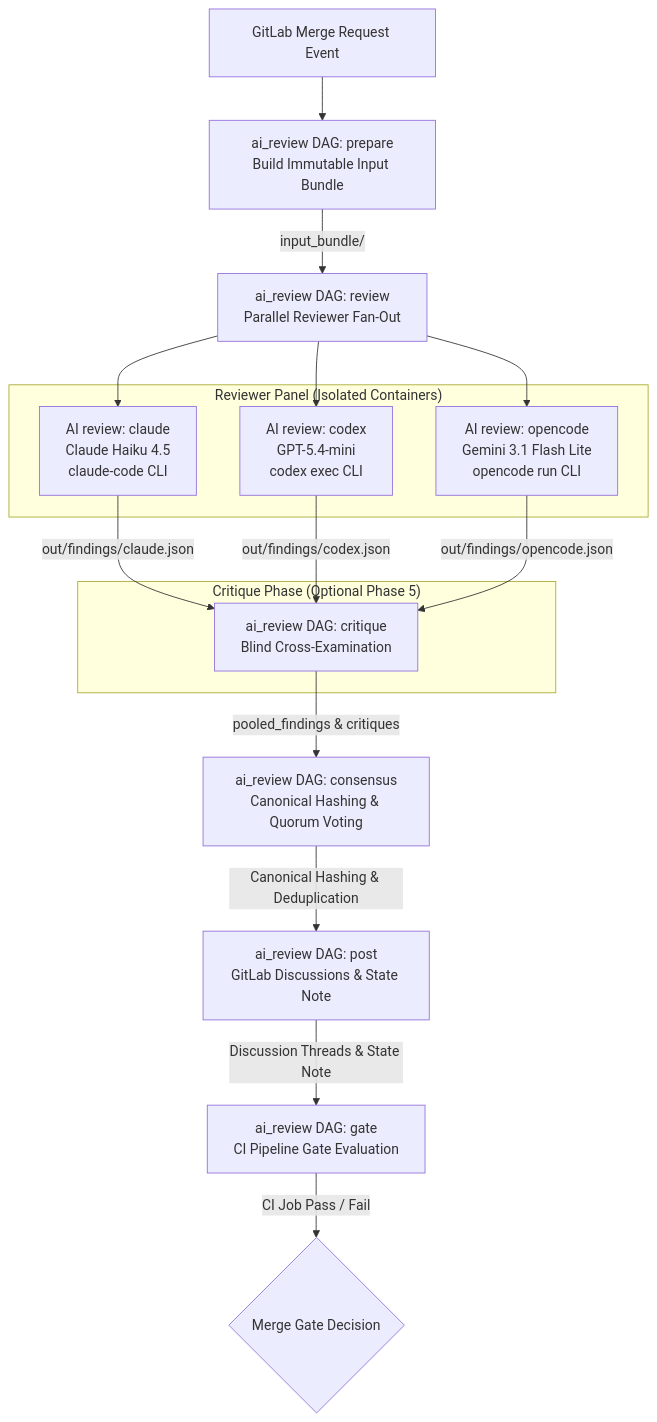
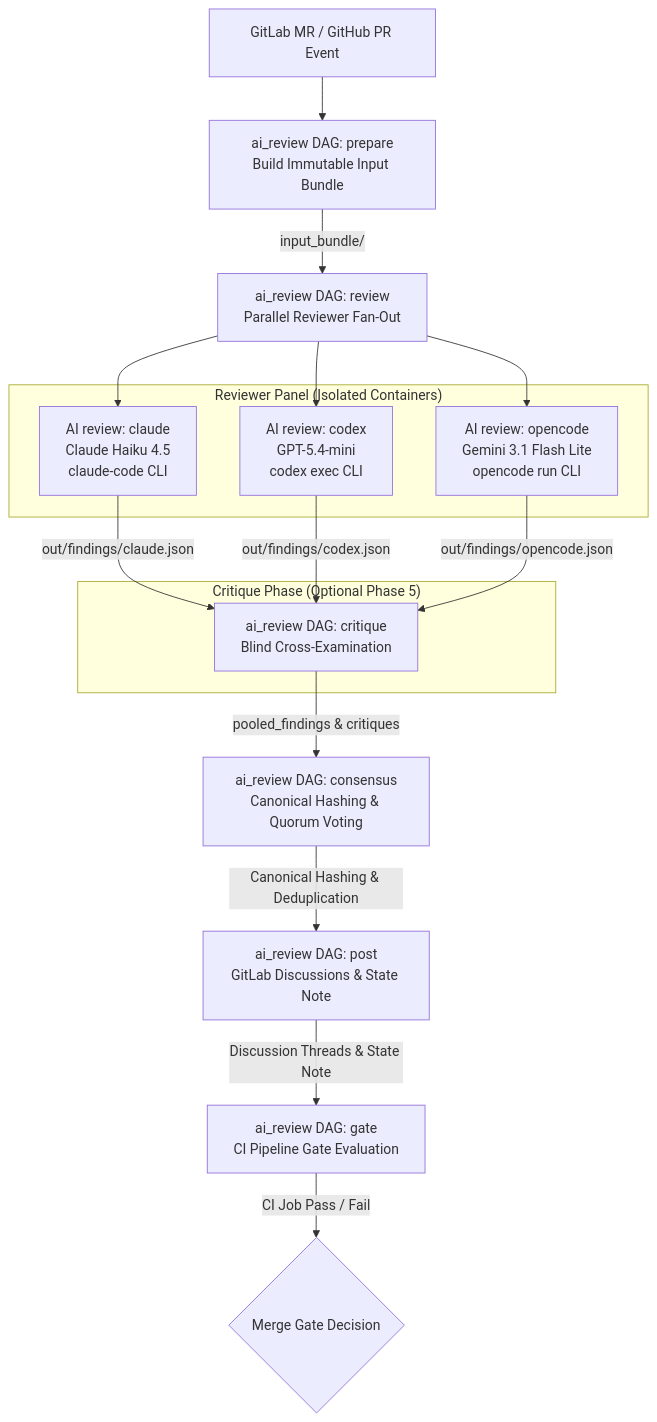
One commit to seanleecoder/code-tribunal changed the diagram in README.md. Above: the diagram before and after it, drawn with Mermaid. The commit also changed other lines of this file and 8 other files, not shown here.

````diff
--- a/README.md
+++ b/README.md
@@ -30,28 +55,28 @@
 ```mermaid
 flowchart TD
-    MR[GitLab Merge Request Event] --> Prepare[ai_review DAG: prepare\nBuild Immutable Input Bundle]
+    MR[GitLab MR / GitHub PR Event] --> Prepare[ai_review DAG: prepare\nBuild Immutable Input Bundle]
     Prepare -->|input_bundle/| Reviewers[ai_review DAG: review\nParallel Reviewer Fan-Out]
 
     subgraph Panel ["Reviewer Panel (Isolated Containers)"]
         Claude[AI review: claude\nClaude Haiku 4.5\nclaude-code CLI]
         Codex[AI review: codex\nGPT-5.4-mini\ncodex exec CLI]
         OpenCode[AI review: opencode\nGemini 3.1 Flash Lite\nopencode run CLI]
     end
 
     Reviewers --> Claude
     Reviewers --> Codex
     Reviewers --> OpenCode
 
     Claude -->|out/findings/claude.json| Critique
     Codex -->|out/findings/codex.json| Critique
     OpenCode -->|out/findings/opencode.json| Critique
 
     subgraph CritiqueStage ["Critique Phase (Optional Phase 5)"]
         Critique[ai_review DAG: critique\nBlind Cross-Examination]
     end
 
     Critique -->|pooled_findings & critiques| Consensus[ai_review DAG: consensus\nCanonical Hashing & Quorum Voting]
     Consensus -->|Canonical Hashing & Deduplication| Post[ai_review DAG: post\nGitLab Discussions & State Note]
     Post -->|Discussion Threads & State Note| Gate[ai_review DAG: gate\nCI Pipeline Gate Evaluation]
     Gate -->|CI Job Pass / Fail| Verdict{Merge Gate Decision}
 ```
````
